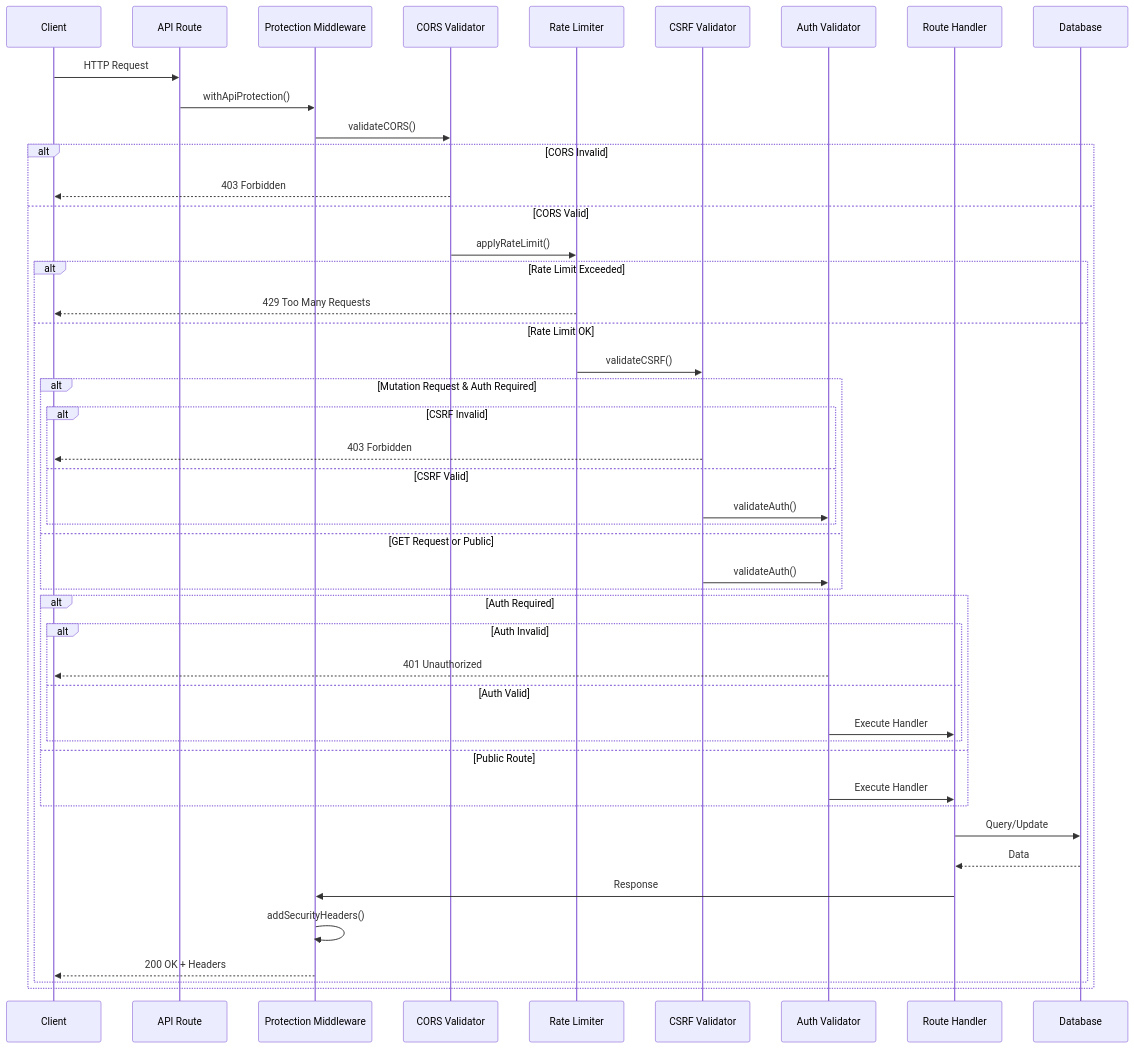
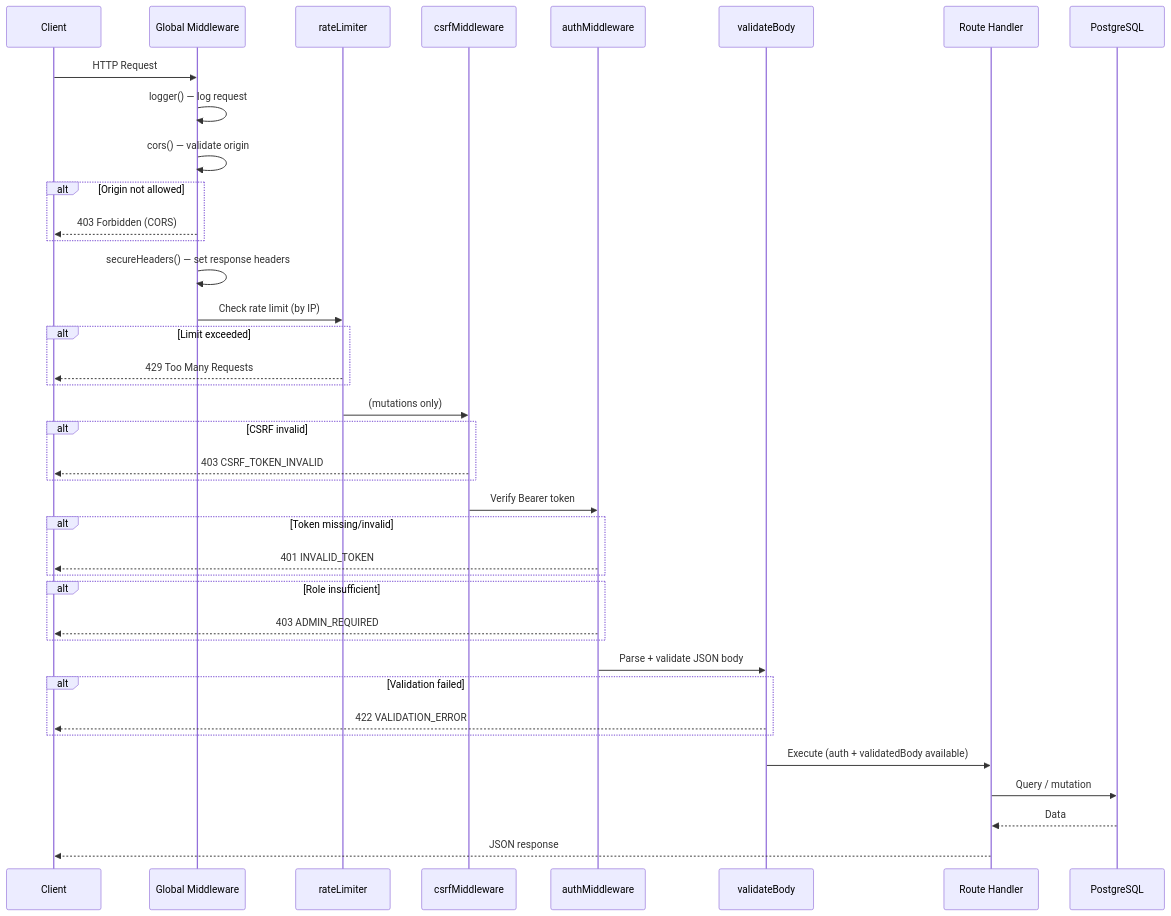
One commit to KennethAtchon/ContentAI changed the first of 2 diagrams in docs/architecture/core/api.md. Above: the diagram before and after it, drawn with Mermaid. The commit also changed other lines of this file and 12 other files, not shown here.

First line of the commit message:
docs: Update architecture documentation to reflect ReelStudio's current tech stack and implementation

````diff
--- a/docs/architecture/core/api.md
+++ b/docs/architecture/core/api.md
@@ -96,52 +148,47 @@
 ```mermaid
 sequenceDiagram
     participant Client
-    participant API Route
-    participant Protection Middleware
-    participant CORS Validator
-    participant Rate Limiter
-    participant CSRF Validator
-    participant Auth Validator
+    participant Global Middleware
+    participant rateLimiter
+    participant csrfMiddleware
+    participant authMiddleware
+    participant validateBody
     participant Route Handler
-    participant Database
+    participant PostgreSQL
 
-    Client->>API Route: HTTP Request
-    API Route->>Protection Middleware: withApiProtection()
-    
-    Protection Middleware->>CORS Validator: validateCORS()
-    alt CORS Invalid
-        CORS Validator-->>Client: 403 Forbidden
-    else CORS Valid
-        CORS Validator->>Rate Limiter: applyRateLimit()
-        alt Rate Limit Exceeded
-            Rate Limiter-->>Client: 429 Too Many Requests
-        else Rate Limit OK
-            Rate Limiter->>CSRF Validator: validateCSRF()
-            alt Mutation Request & Auth Required
-                alt CSRF Invalid
-                    CSRF Validator-->>Client: 403 Forbidden
-                else CSRF Valid
-                    CSRF Validator->>Auth Validator: validateAuth()
-                end
-            else GET Request or Public
-                CSRF Validator->>Auth Validator: validateAuth()
-            end
-            
-            alt Auth Required
-                alt Auth Invalid
-                    Auth Validator-->>Client: 401 Unauthorized
-                else Auth Valid
-                    Auth Validator->>Route Handler: Execute Handler
-                end
-            else Public Route
-                Auth Validator->>Route Handler: Execute Handler
-            end
-            
-            Route Handler->>Database: Query/Update
-            Database-->>Route Handler: Data
-            Route Handler->>Protection Middleware: Response
-            Protection Middleware->>Protection Middleware: addSecurityHeaders()
-            Protection Middleware-->>Client: 200 OK + Headers
-        end
+    Client->>Global Middleware: HTTP Request
+    Global Middleware->>Global Middleware: logger() — log request
+    Global Middleware->>Global Middleware: cors() — validate origin
+    alt Origin not allowed
+        Global Middleware-->>Client: 403 Forbidden (CORS)
     end
+    Global Middleware->>Global Middleware: secureHeaders() — set response headers
+
+    Global Middleware->>rateLimiter: Check rate limit (by IP)
+    alt Limit exceeded
+        rateLimiter-->>Client: 429 Too Many Requests
+    end
+
+    rateLimiter->>csrfMiddleware: (mutations only)
+    alt CSRF invalid
+        csrfMiddleware-->>Client: 403 CSRF_TOKEN_INVALID
+    end
+
+    csrfMiddleware->>authMiddleware: Verify Bearer token
+    alt Token missing/invalid
+        authMiddleware-->>Client: 401 INVALID_TOKEN
+    end
+    alt Role insufficient
+        authMiddleware-->>Client: 403 ADMIN_REQUIRED
+    end
+
+    authMiddleware->>validateBody: Parse + validate JSON body
+    alt Validation failed
+        validateBody-->>Client: 422 VALIDATION_ERROR
+    end
+
+    validateBody->>Route Handler: Execute (auth + validatedBody available)
+    Route Handler->>PostgreSQL: Query / mutation
+    PostgreSQL-->>Route Handler: Data
+    Route Handler-->>Client: JSON response
 ```
````
